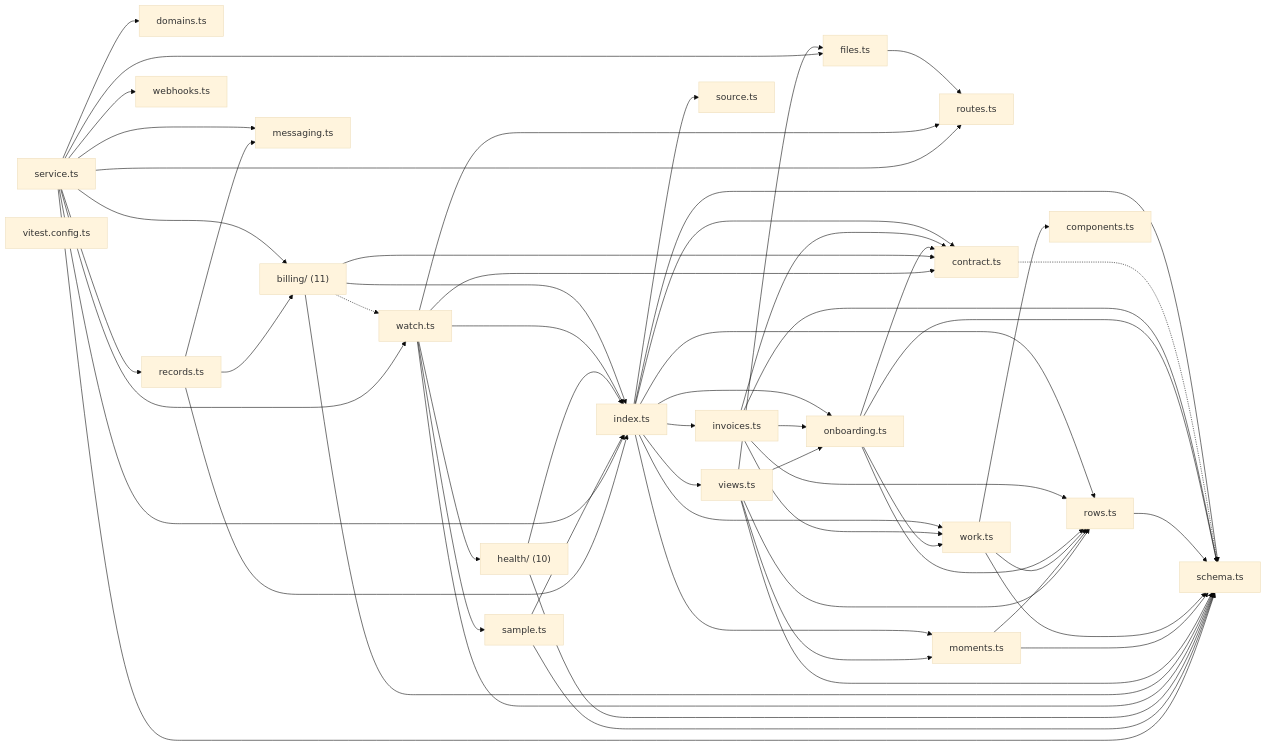
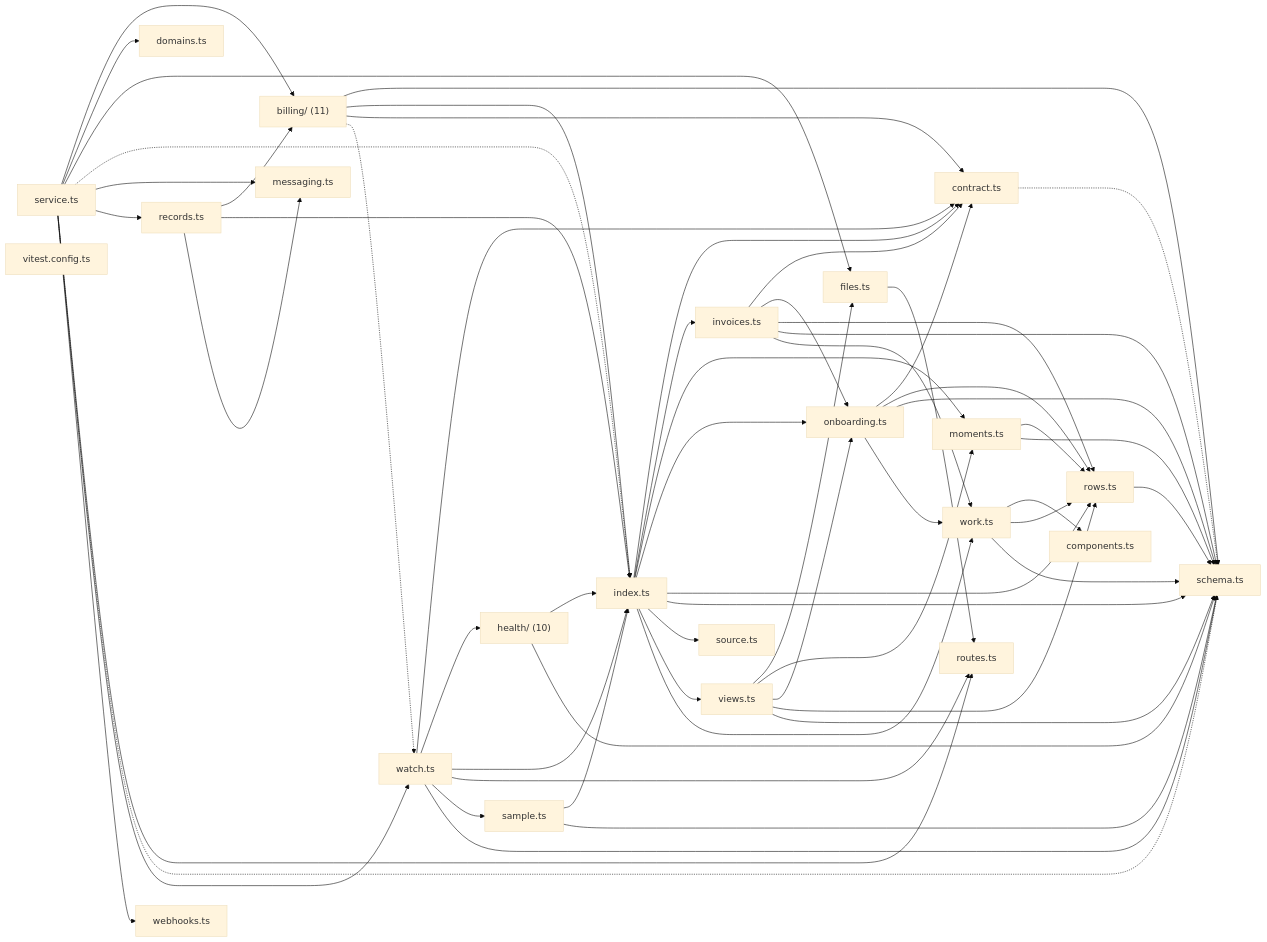
The diagram in map/generated/imports/@wren+delivery.md (wrenautomation/wren), drawn with Mermaid (base theme) before and after one commit. The commit also changed 96 other files, not shown here.

````diff
--- a/map/generated/imports/@wren+delivery.md
+++ b/map/generated/imports/@wren+delivery.md
@@ -22,29 +22,36 @@
 ```mermaid
 flowchart LR
+  nbilling_["billing/ (11)"]
+  ncomponents_ts["components.ts"]
+  ncontract_ts["contract.ts"]
+  ndomains_ts["domains.ts"]
   nfiles_ts["files.ts"]
+  nhealth_["health/ (10)"]
+  nindex_ts["index.ts"]
+  ninvoices_ts["invoices.ts"]
+  nmessaging_ts["messaging.ts"]
+  nmoments_ts["moments.ts"]
+  nonboarding_ts["onboarding.ts"]
+  nrecords_ts["records.ts"]
   nroutes_ts["routes.ts"]
-  nindex_ts["index.ts"]
-  ncontract_ts["contract.ts"]
+  nrows_ts["rows.ts"]
+  nsample_ts["sample.ts"]
   nschema_ts["schema.ts"]
-  ninvoices_ts["invoices.ts"]
-  nonboarding_ts["onboarding.ts"]
-  nrows_ts["rows.ts"]
-  nwork_ts["work.ts"]
-  ncomponents_ts["components.ts"]
-  nmoments_ts["moments.ts"]
+  nservice_ts["service.ts"]
   nsource_ts["source.ts"]
   nviews_ts["views.ts"]
-  nbilling_["billing/ (11)"]
   nwatch_ts["watch.ts"]
-  nhealth_["health/ (10)"]
-  nsample_ts["sample.ts"]
-  nservice_ts["service.ts"]
-  ndomains_ts["domains.ts"]
-  nmessaging_ts["messaging.ts"]
-  nrecords_ts["records.ts"]
   nwebhooks_ts["webhooks.ts"]
+  nwork_ts["work.ts"]
   nvitest_config_ts["vitest.config.ts"]
+  nbilling_ --> nschema_ts
+  nbilling_ --> nindex_ts
+  nbilling_ --> ncontract_ts
+  nbilling_ -.-> nwatch_ts
+  ncontract_ts -.-> nschema_ts
   nfiles_ts --> nroutes_ts
+  nhealth_ --> nindex_ts
+  nhealth_ --> nschema_ts
   nindex_ts --> ncontract_ts
   nindex_ts --> ninvoices_ts
   nindex_ts --> nmoments_ts
@@ -54,52 +61,45 @@
   nindex_ts --> nsource_ts
   nindex_ts --> nviews_ts
   nindex_ts --> nwork_ts
-  ncontract_ts -.-> nschema_ts
   ninvoices_ts --> ncontract_ts
   ninvoices_ts --> nonboarding_ts
   ninvoices_ts --> nrows_ts
   ninvoices_ts --> nschema_ts
   ninvoices_ts --> nwork_ts
+  nmoments_ts --> nrows_ts
+  nmoments_ts --> nschema_ts
   nonboarding_ts --> ncontract_ts
   nonboarding_ts --> nrows_ts
   nonboarding_ts --> nschema_ts
   nonboarding_ts --> nwork_ts
+  nrecords_ts --> nbilling_
+  nrecords_ts --> nindex_ts
+  nrecords_ts --> nmessaging_ts
   nrows_ts --> nschema_ts
-  nwork_ts --> ncomponents_ts
-  nwork_ts --> nrows_ts
-  nwork_ts --> nschema_ts
-  nmoments_ts --> nrows_ts
-  nmoments_ts --> nschema_ts
+  nsample_ts --> nindex_ts
+  nsample_ts --> nschema_ts
+  nservice_ts --> nbilling_
+  nservice_ts --> ndomains_ts
+  nservice_ts --> nfiles_ts
+  nservice_ts -.-> nindex_ts
+  nservice_ts --> nmessaging_ts
+  nservice_ts --> nrecords_ts
+  nservice_ts --> nroutes_ts
+  nservice_ts -.-> nschema_ts
+  nservice_ts --> nwatch_ts
+  nservice_ts --> nwebhooks_ts
   nviews_ts --> nfiles_ts
   nviews_ts --> nmoments_ts
   nviews_ts --> nonboarding_ts
   nviews_ts --> nrows_ts
   nviews_ts --> nschema_ts
-  nbilling_ --> nindex_ts
-  nbilling_ --> nschema_ts
-  nbilling_ --> ncontract_ts
-  nbilling_ -.-> nwatch_ts
   nwatch_ts --> ncontract_ts
   nwatch_ts --> nhealth_
   nwatch_ts --> nindex_ts
   nwatch_ts --> nroutes_ts
   nwatch_ts --> nsample_ts
   nwatch_ts --> nschema_ts
-  nhealth_ --> nschema_ts
-  nhealth_ --> nindex_ts
-  nsample_ts --> nindex_ts
-  nsample_ts --> nschema_ts
-  nservice_ts --> nbilling_
-  nservice_ts --> ndomains_ts
-  nservice_ts --> nfiles_ts
-  nservice_ts --> nindex_ts
-  nservice_ts --> nmessaging_ts
-  nservice_ts --> nrecords_ts
-  nservice_ts --> nroutes_ts
-  nservice_ts --> nschema_ts
-  nservice_ts --> nwatch_ts
-  nservice_ts --> nwebhooks_ts
-  nrecords_ts --> nbilling_
-  nrecords_ts --> nindex_ts
-  nrecords_ts --> nmessaging_ts
+  nwork_ts --> ncomponents_ts
+  nwork_ts --> nrows_ts
+  nwork_ts --> nschema_ts
 ```
````
